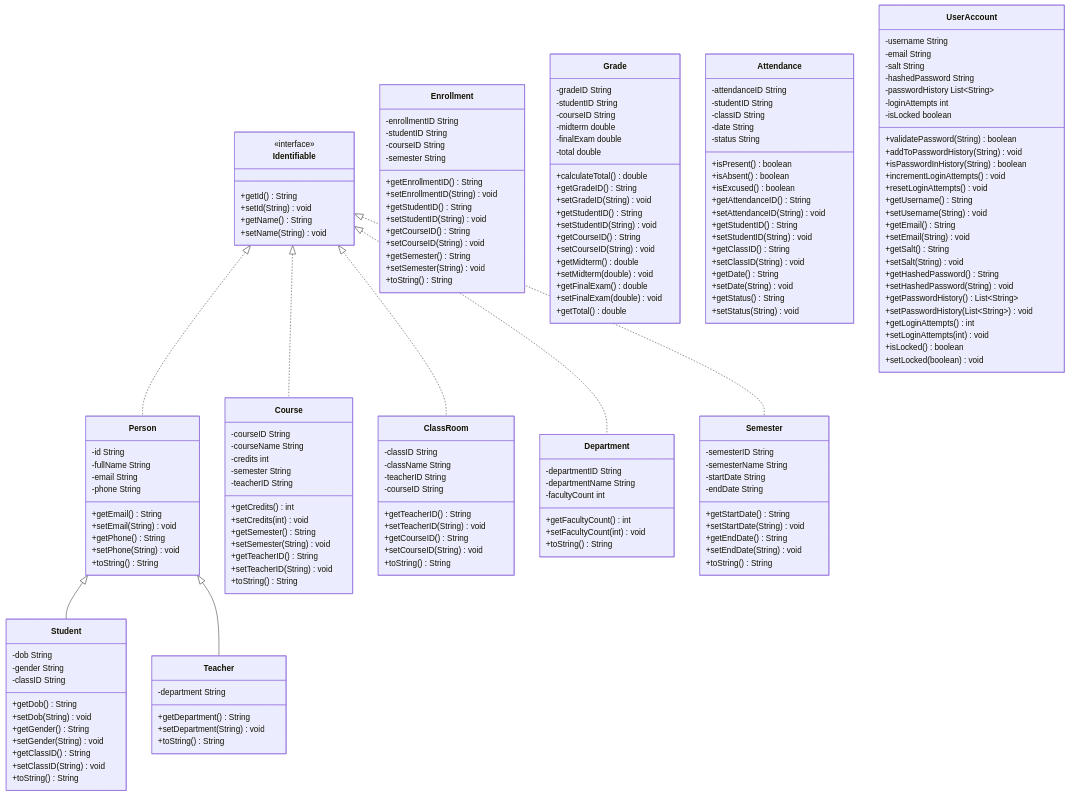
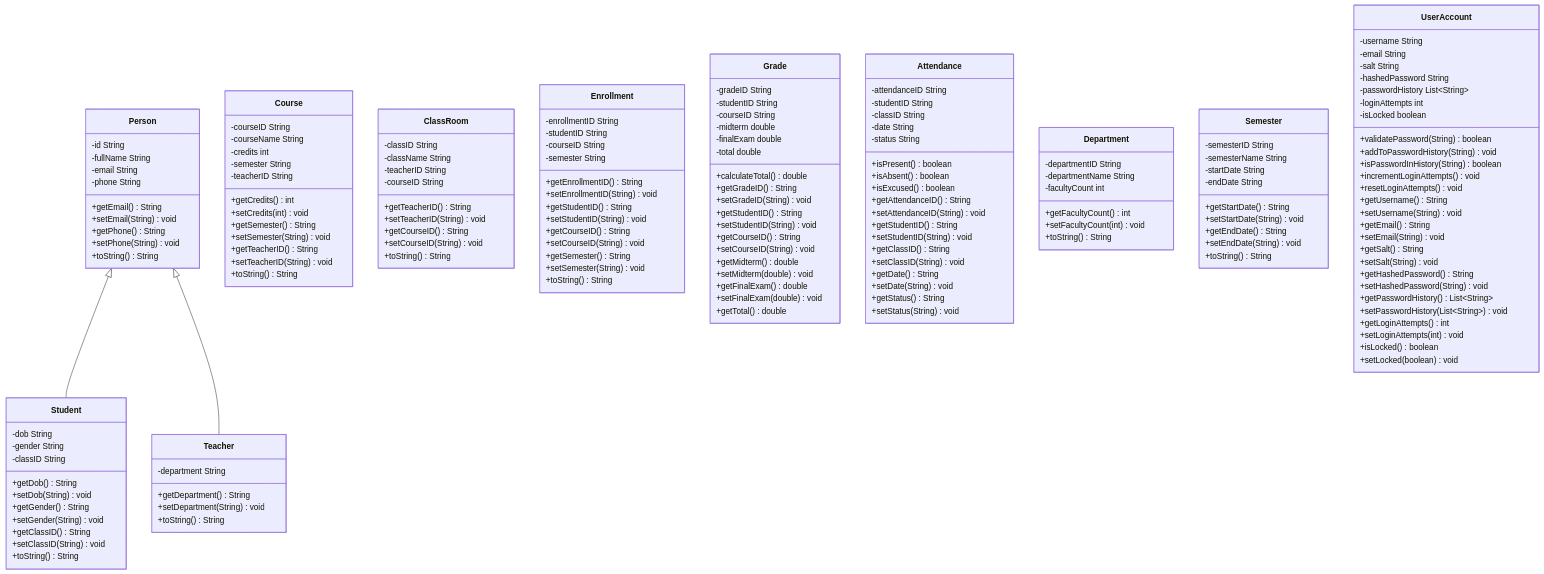
Before and after one commit to phucphuc2006/pro-192: the diagram in docs/ClassDiagrams/ClassDiagram.md, drawn with Mermaid. The commit also changed 16 other files, not shown here.

````diff
--- a/docs/ClassDiagrams/ClassDiagram.md
+++ b/docs/ClassDiagrams/ClassDiagram.md
@@ -5,12 +5,6 @@
 ```mermaid
 classDiagram
-    class Identifiable {
-        <<interface>>
-        +getId() String
-        +setId(String) void
-        +getName() String
-        +setName(String) void
-    }
+
 
     class Person {
         -id String
@@ -44,7 +38,7 @@
         +toString() String
     }
 
-    Identifiable <|.. Person
+
     Person <|-- Student
     Person <|-- Teacher
 
@@ -75,8 +69,7 @@
         +toString() String
     }
 
-    Identifiable <|.. Course
-    Identifiable <|.. ClassRoom
+
 
     class Enrollment {
         -enrollmentID String
@@ -157,8 +150,7 @@
         +toString() String
     }
 
-    Identifiable <|.. Department
-    Identifiable <|.. Semester
+
 
     class UserAccount {
         -username String
````
